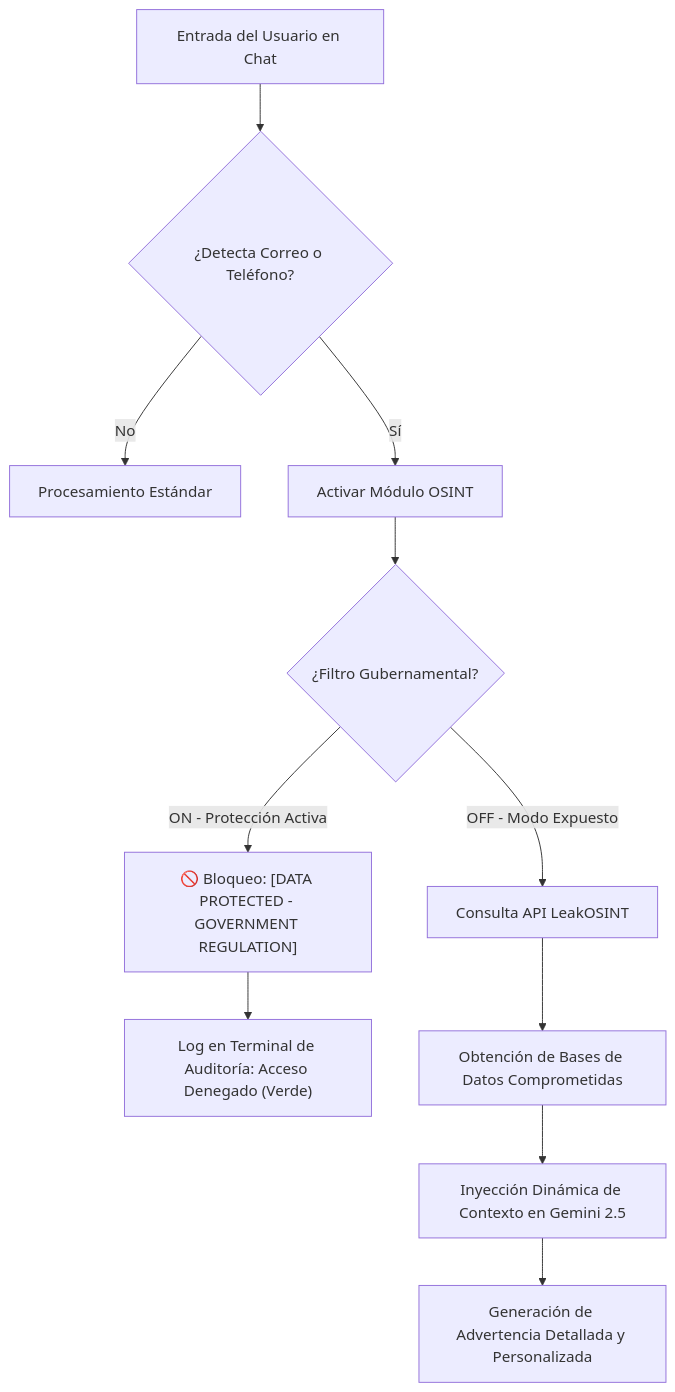
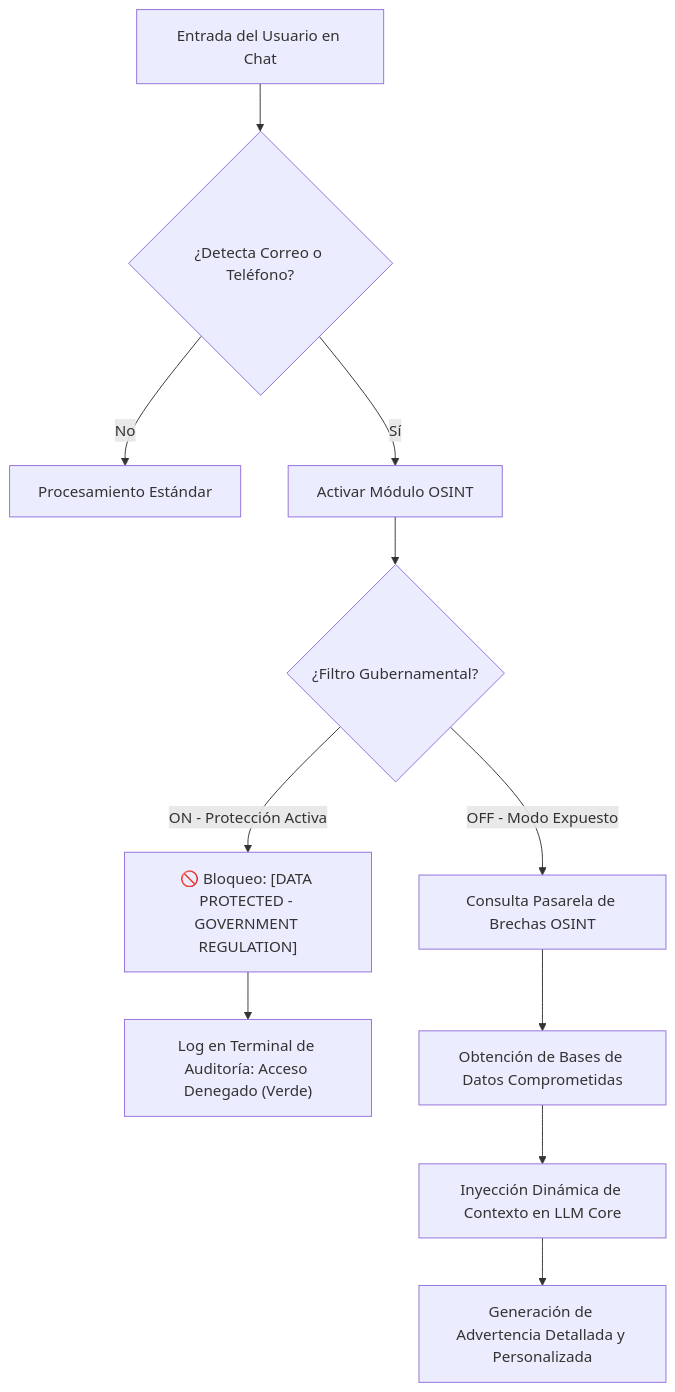
One commit to emilio-garcia-ie/LEAKGUARD changed the first of 2 diagrams in README.md. Above: the diagram before and after it, drawn with Mermaid. The commit also changed other lines of this file, not shown here.

Commit message:
Obfuscate explicit mentions of Gemini and LeakOSINT

````diff
--- a/README.md
+++ b/README.md
@@ -15,13 +15,13 @@
 ```mermaid
 graph TD
     A[Entrada del Usuario en Chat] --> B{¿Detecta Correo o Teléfono?}
     B -->|No| C[Procesamiento Estándar]
     B -->|Sí| D[Activar Módulo OSINT]
     D --> E{¿Filtro Gubernamental?}
     E -->|ON - Protección Activa| F["🚫 Bloqueo: [DATA PROTECTED - GOVERNMENT REGULATION]"]
     F --> G["Log en Terminal de Auditoría: Acceso Denegado (Verde)"]
-    E -->|OFF - Modo Expuesto| H[Consulta API LeakOSINT]
+    E -->|OFF - Modo Expuesto| H[Consulta Pasarela de Brechas OSINT]
     H --> I[Obtención de Bases de Datos Comprometidas]
-    I --> J[Inyección Dinámica de Contexto en Gemini 2.5]
+    I --> J[Inyección Dinámica de Contexto en LLM Core]
     J --> K[Generación de Advertencia Detallada y Personalizada]
 ```
````
